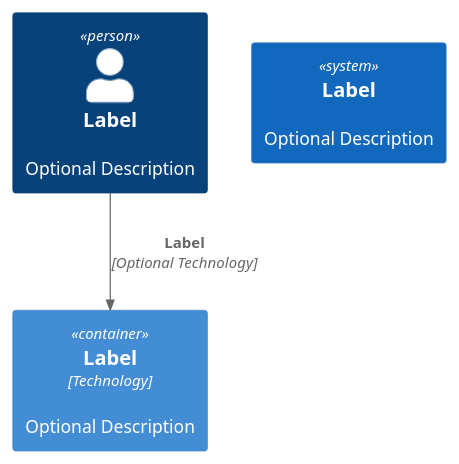
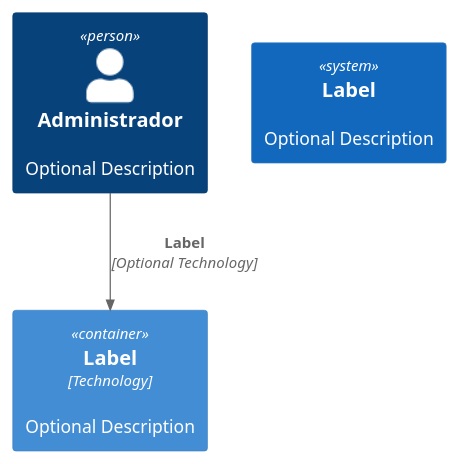
Before and after one commit to Jonas-eng-21/AWS_UnicalUPE: the diagram in UnicalUPE/src/1 Internet Banking System/API Application/container.puml, drawn with PlantUML. The commit also changed 1 other file, not shown here.

```diff
--- a/UnicalUPE/src/1 Internet Banking System/API Application/container.puml
+++ b/UnicalUPE/src/1 Internet Banking System/API Application/container.puml
@@ -1,9 +1,11 @@
 @startuml C4_Elements
 !include https://raw.githubusercontent.com/plantuml-stdlib/C4-PlantUML/master/C4_Container.puml
 
-Person(personAlias, "Label", "Optional Description")
+Person(personAlias, "Anônimo", "Optional Description")
+Person(personAlias, "Usuário", "Optional Description")
+Person(personAlias, "Administrador", "Optional Description")
 Container(containerAlias, "Label", "Technology", "Optional Description")
 System(systemAlias, "Label", "Optional Description")
 
 Rel(personAlias, containerAlias, "Label", "Optional Technology")
 @enduml
```
